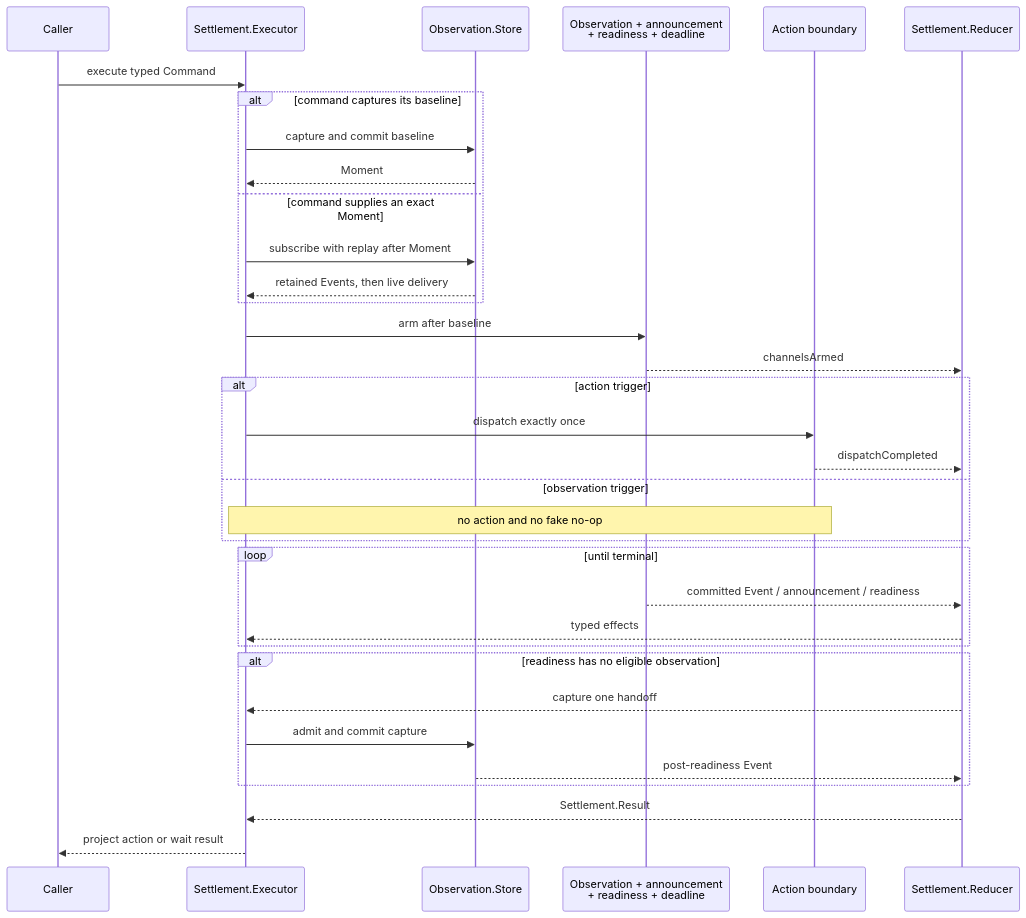
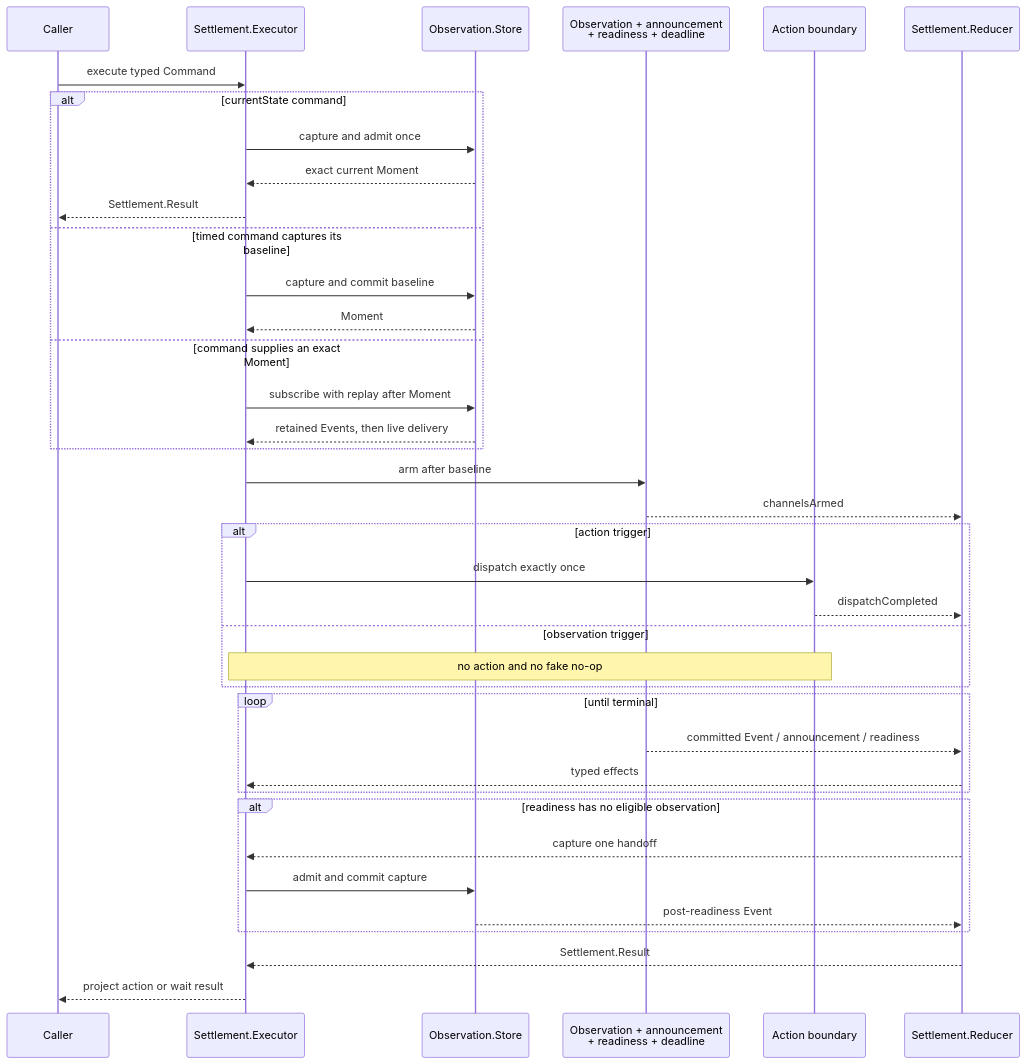
One commit to RoyalPineapple/TheButtonHeist changed the second of 2 diagrams in docs/diagrams/settle-loop.md. Above: the diagram before and after it, drawn with Mermaid. The commit also changed other lines of this file and 9 other files, not shown here.

Commit message:
Complete settlement command migration

````diff
--- a/docs/diagrams/settle-loop.md
+++ b/docs/diagrams/settle-loop.md
@@ -56,37 +57,41 @@
 ```mermaid
 sequenceDiagram
     participant Caller
     participant Executor as Settlement.Executor
     participant Store as Observation.Store
     participant Channels as Observation + announcement<br/>+ readiness + deadline
     participant UIKit as Action boundary
     participant Reducer as Settlement.Reducer
 
     Caller->>Executor: execute typed Command
-    alt command captures its baseline
+    alt currentState command
+        Executor->>Store: capture and admit once
+        Store-->>Executor: exact current Moment
+        Executor-->>Caller: Settlement.Result
+    else timed command captures its baseline
         Executor->>Store: capture and commit baseline
         Store-->>Executor: Moment
     else command supplies an exact Moment
         Executor->>Store: subscribe with replay after Moment
         Store-->>Executor: retained Events, then live delivery
     end
     Executor->>Channels: arm after baseline
     Channels-->>Reducer: channelsArmed
     alt action trigger
         Executor->>UIKit: dispatch exactly once
         UIKit-->>Reducer: dispatchCompleted
     else observation trigger
         Note over Executor,UIKit: no action and no fake no-op
     end
     loop until terminal
         Channels-->>Reducer: committed Event / announcement / readiness
         Reducer-->>Executor: typed effects
     end
     alt readiness has no eligible observation
         Reducer-->>Executor: capture one handoff
         Executor->>Store: admit and commit capture
         Store-->>Reducer: post-readiness Event
     end
     Reducer-->>Executor: Settlement.Result
     Executor-->>Caller: project action or wait result
 ```
````
